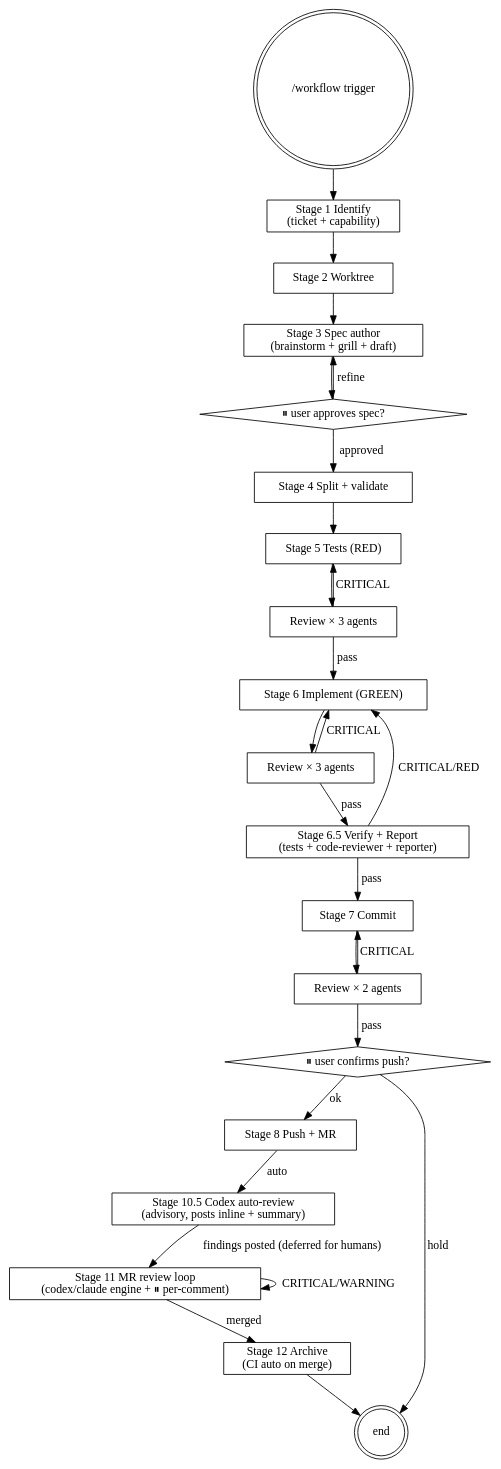
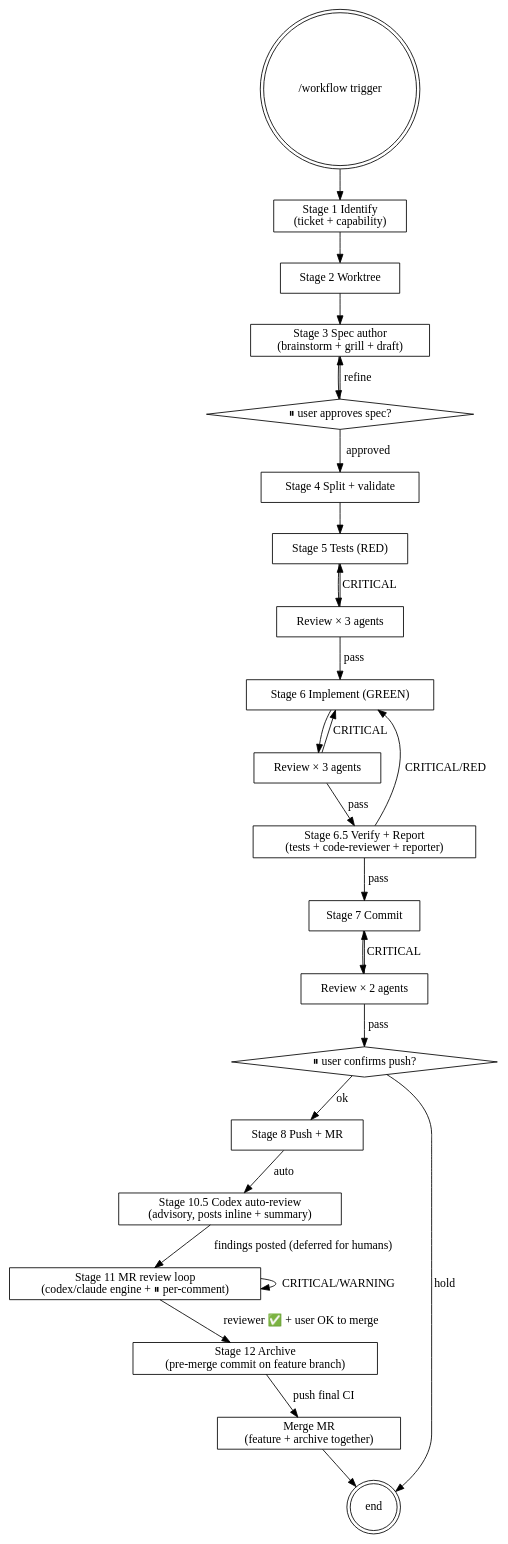
Before and after one commit to Chiao75543/claude-workflow: the diagram in skills/workflow-orchestrator/SKILL.md, drawn with Graphviz. The commit also changed other lines of this file and 2 other files, not shown here.

First line of the commit message:
feat(workflow): Stage 12 pre-merge archive bundle (supersedes CI auto-archive)

````diff
--- a/skills/workflow-orchestrator/SKILL.md
+++ b/skills/workflow-orchestrator/SKILL.md
@@ -40,45 +40,47 @@
 ```dot
 digraph workflow {
   start [shape=doublecircle, label="/workflow trigger"];
   ident [shape=box, label="Stage 1 Identify\n(ticket + capability)"];
   wt [shape=box, label="Stage 2 Worktree"];
   spec [shape=box, label="Stage 3 Spec author\n(brainstorm + grill + draft)"];
   user1 [shape=diamond, label="⏸ user approves spec?"];
   split [shape=box, label="Stage 4 Split + validate"];
   tests [shape=box, label="Stage 5 Tests (RED)"];
   rev_t [shape=box, label="Review × 3 agents"];
   impl [shape=box, label="Stage 6 Implement (GREEN)"];
   rev_i [shape=box, label="Review × 3 agents"];
   verify_report [shape=box, label="Stage 6.5 Verify + Report\n(tests + code-reviewer + reporter)"];
   commit [shape=box, label="Stage 7 Commit"];
   rev_c [shape=box, label="Review × 2 agents"];
   user2 [shape=diamond, label="⏸ user confirms push?"];
   push [shape=box, label="Stage 8 Push + MR"];
   done [shape=doublecircle, label="end"];
 
   start -> ident -> wt -> spec -> user1;
   user1 -> spec [label="refine"];
   user1 -> split [label="approved"];
   split -> tests -> rev_t;
   rev_t -> tests [label="CRITICAL"];
   rev_t -> impl [label="pass"];
   impl -> rev_i;
   rev_i -> impl [label="CRITICAL"];
   rev_i -> verify_report [label="pass"];
   verify_report -> impl [label="CRITICAL/RED"];
   verify_report -> commit [label="pass"];
   commit -> rev_c;
   rev_c -> commit [label="CRITICAL"];
   rev_c -> user2 [label="pass"];
   codex_rev [shape=box, label="Stage 10.5 Codex auto-review\n(advisory, posts inline + summary)"];
   mr_loop [shape=box, label="Stage 11 MR review loop\n(codex/claude engine + ⏸ per-comment)"];
-  archive [shape=box, label="Stage 12 Archive\n(CI auto on merge)"];
+  archive [shape=box, label="Stage 12 Archive\n(pre-merge commit on feature branch)"];
+  merge_mr [shape=box, label="Merge MR\n(feature + archive together)"];
   user2 -> push [label="ok"];
   user2 -> done [label="hold"];
   push -> codex_rev [label="auto"];
   codex_rev -> mr_loop [label="findings posted (deferred for humans)"];
   mr_loop -> mr_loop [label="CRITICAL/WARNING"];
-  mr_loop -> archive [label="merged"];
-  archive -> done;
+  mr_loop -> archive [label="reviewer ✅ + user OK to merge"];
+  archive -> merge_mr [label="push final CI"];
+  merge_mr -> done;
 }
 ```
````
